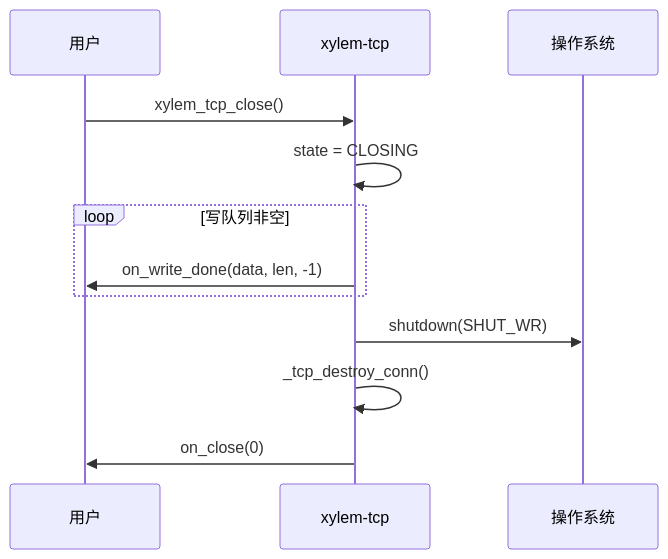
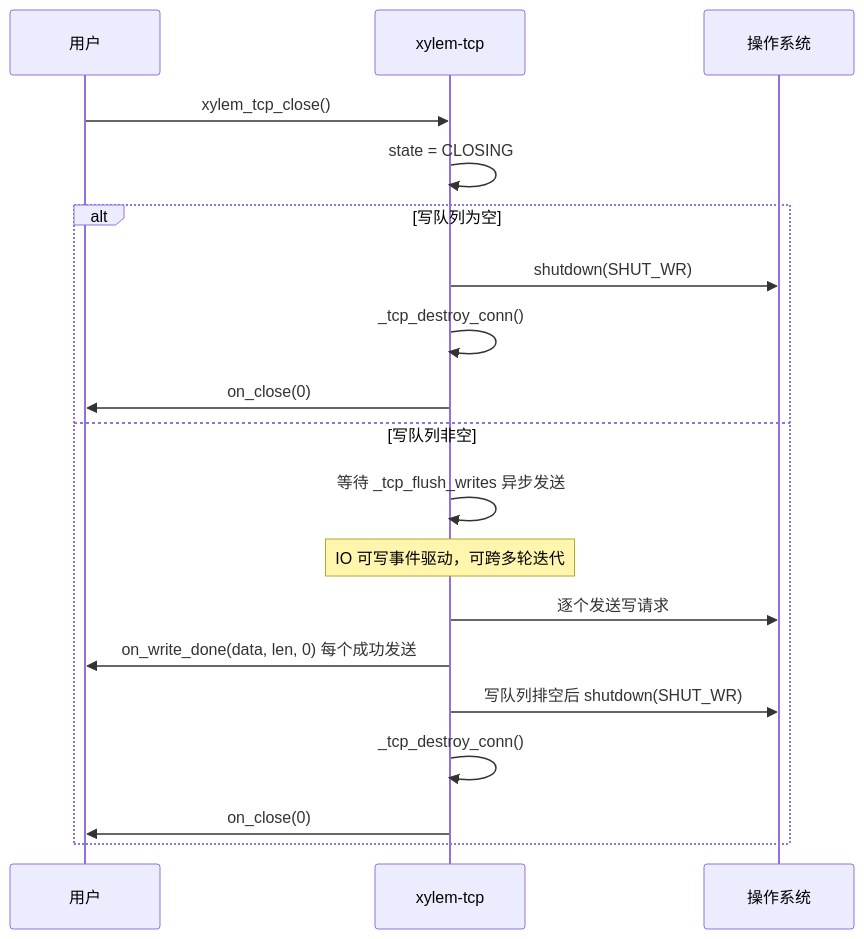
The fourth of 4 diagrams in .kiro/steering/tcp-design.md (MeristemForge/Xylem), drawn with Mermaid before and after one commit. The commit also changed other lines of this file and 6 other files, not shown here.

First line of the commit message:
fix(tcp): restore graceful close to flush write queue before shutdown

````diff
--- a/.kiro/steering/tcp-design.md
+++ b/.kiro/steering/tcp-design.md
@@ -319,15 +326,22 @@
 ```mermaid
 sequenceDiagram
     participant User as 用户
     participant TCP as xylem-tcp
     participant OS as 操作系统
 
     User->>TCP: xylem_tcp_close()
     TCP->>TCP: state = CLOSING
-    loop 写队列非空
-        TCP->>User: on_write_done(data, len, -1)
+    alt 写队列为空
+        TCP->>OS: shutdown(SHUT_WR)
+        TCP->>TCP: _tcp_destroy_conn()
+        TCP->>User: on_close(0)
+    else 写队列非空
+        TCP->>TCP: 等待 _tcp_flush_writes 异步发送
+        Note over TCP: IO 可写事件驱动，可跨多轮迭代
+        TCP->>OS: 逐个发送写请求
+        TCP->>User: on_write_done(data, len, 0) 每个成功发送
+        TCP->>OS: 写队列排空后 shutdown(SHUT_WR)
+        TCP->>TCP: _tcp_destroy_conn()
+        TCP->>User: on_close(0)
     end
-    TCP->>OS: shutdown(SHUT_WR)
-    TCP->>TCP: _tcp_destroy_conn()
-    TCP->>User: on_close(0)
 ```
````
